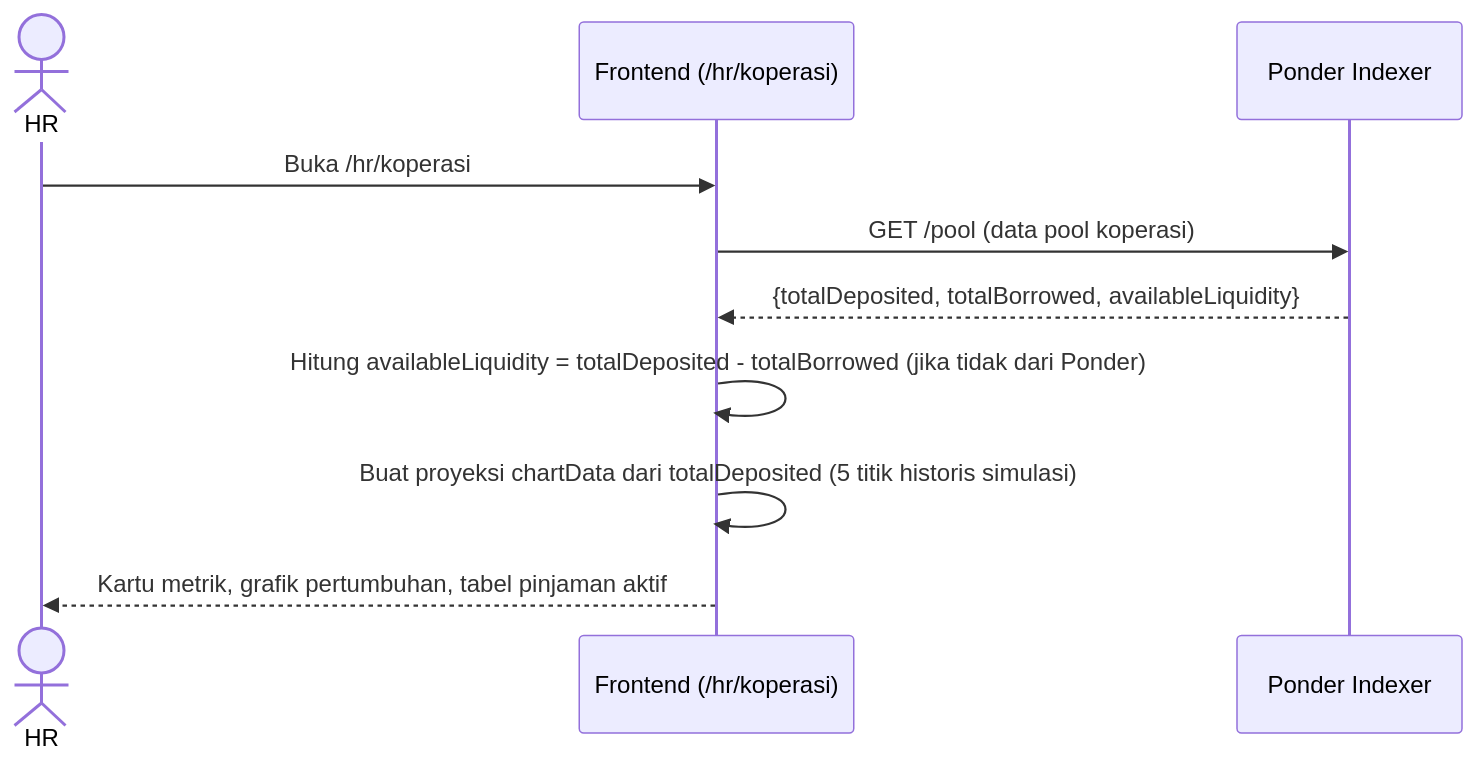
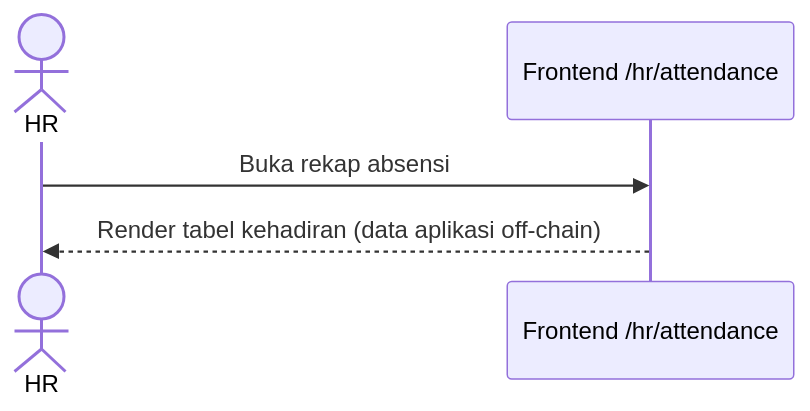
The ninth of 44 diagrams in docs/DPPL.md (skripsi-payroll-dapp/docs), drawn with Mermaid before and after one commit. The commit also changed other lines of this file and 4 other files, not shown here.

````diff
--- a/docs/DPPL.md
+++ b/docs/DPPL.md
@@ -794,13 +545,7 @@
 ```mermaid
 sequenceDiagram
     actor HR
-    participant FE as Frontend (/hr/koperasi)
-    participant Ponder as Ponder Indexer
-
-    HR->>FE: Buka /hr/koperasi
-    FE->>Ponder: GET /pool (data pool koperasi)
-    Ponder-->>FE: {totalDeposited, totalBorrowed, availableLiquidity}
-    FE->>FE: Hitung availableLiquidity = totalDeposited - totalBorrowed (jika tidak dari Ponder)
-    FE->>FE: Buat proyeksi chartData dari totalDeposited (5 titik historis simulasi)
-    FE-->>HR: Kartu metrik, grafik pertumbuhan, tabel pinjaman aktif
+    participant FE as Frontend /hr/attendance
+    HR->>FE: Buka rekap absensi
+    FE-->>HR: Render tabel kehadiran (data aplikasi off-chain)
 ```
````
